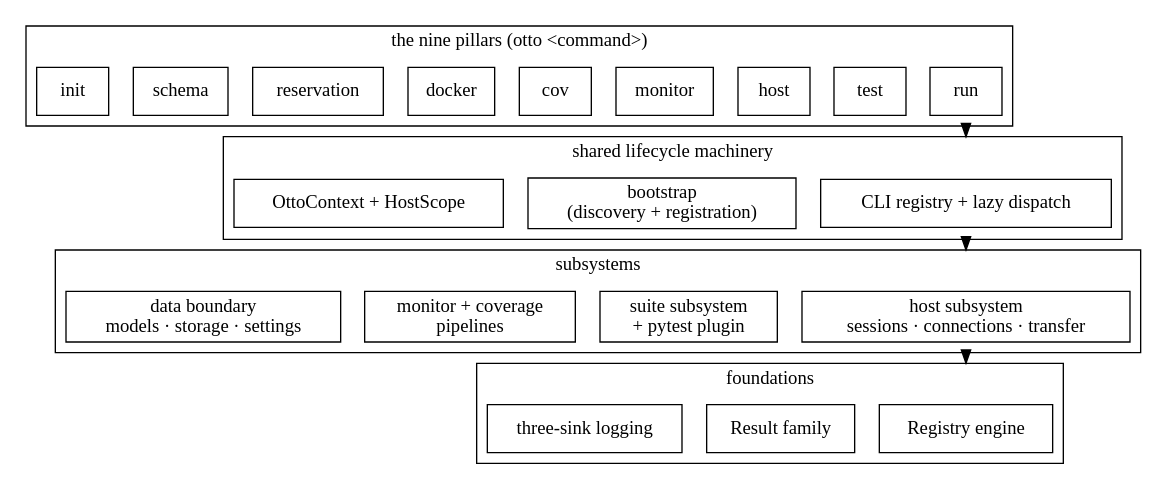
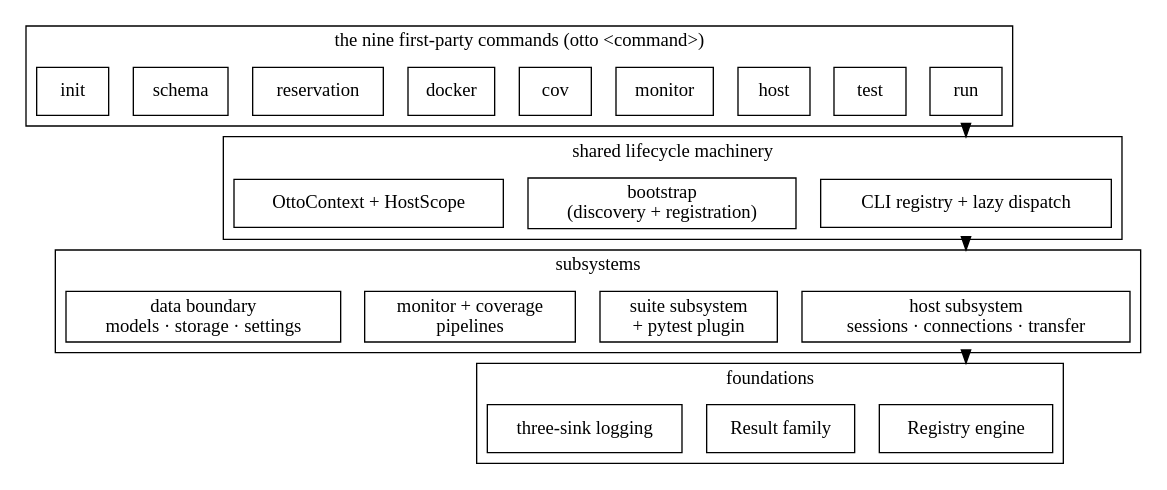
The diagram in docs/architecture/overview.md (ludachrish3/otto-sh), drawn with Graphviz before and after one commit. The commit also changed other lines of this file and 5 other files, not shown here.

First line of the commit message:
docs(architecture): rename "pillars" to "first-party commands"

````diff
--- a/docs/architecture/overview.md
+++ b/docs/architecture/overview.md
@@ -31,38 +31,38 @@
 ```{graphviz}
 digraph bigpicture {
     rankdir=TB;
     node [shape=box];
     compound=true;
 
-    subgraph cluster_pillars {
-        label="the nine pillars (otto <command>)";
+    subgraph cluster_commands {
+        label="the nine first-party commands (otto <command>)";
         run; test; host; monitor; cov; docker; reservation; schema; init;
     }
 
     subgraph cluster_shared {
         label="shared lifecycle machinery";
         cli [label="CLI registry + lazy dispatch"];
         boot [label="bootstrap\n(discovery + registration)"];
         ctx [label="OttoContext + HostScope"];
     }
 
     subgraph cluster_subsystems {
         label="subsystems";
         hosts [label="host subsystem\nsessions · connections · transfer"];
         suites [label="suite subsystem\n+ pytest plugin"];
         observers [label="monitor + coverage\npipelines"];
         data [label="data boundary\nmodels · storage · settings"];
     }
 
     subgraph cluster_foundation {
         label="foundations";
         registry [label="Registry engine"];
         result [label="Result family"];
         logging [label="three-sink logging"];
     }
 
-    run -> cli [ltail=cluster_pillars, lhead=cluster_shared];
+    run -> cli [ltail=cluster_commands, lhead=cluster_shared];
     cli -> hosts [ltail=cluster_shared, lhead=cluster_subsystems];
     hosts -> registry [ltail=cluster_subsystems, lhead=cluster_foundation];
 }
 ```
````
